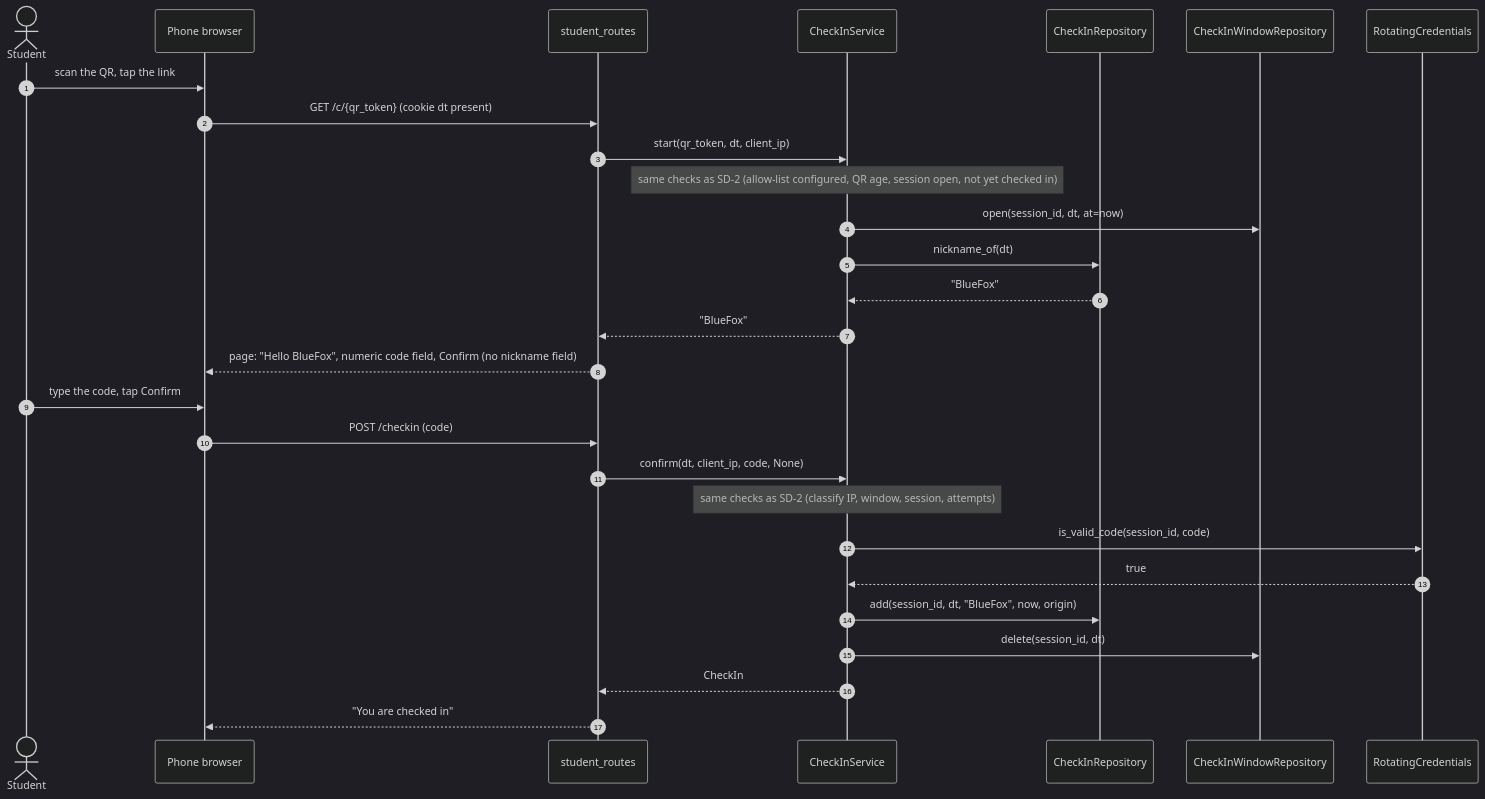
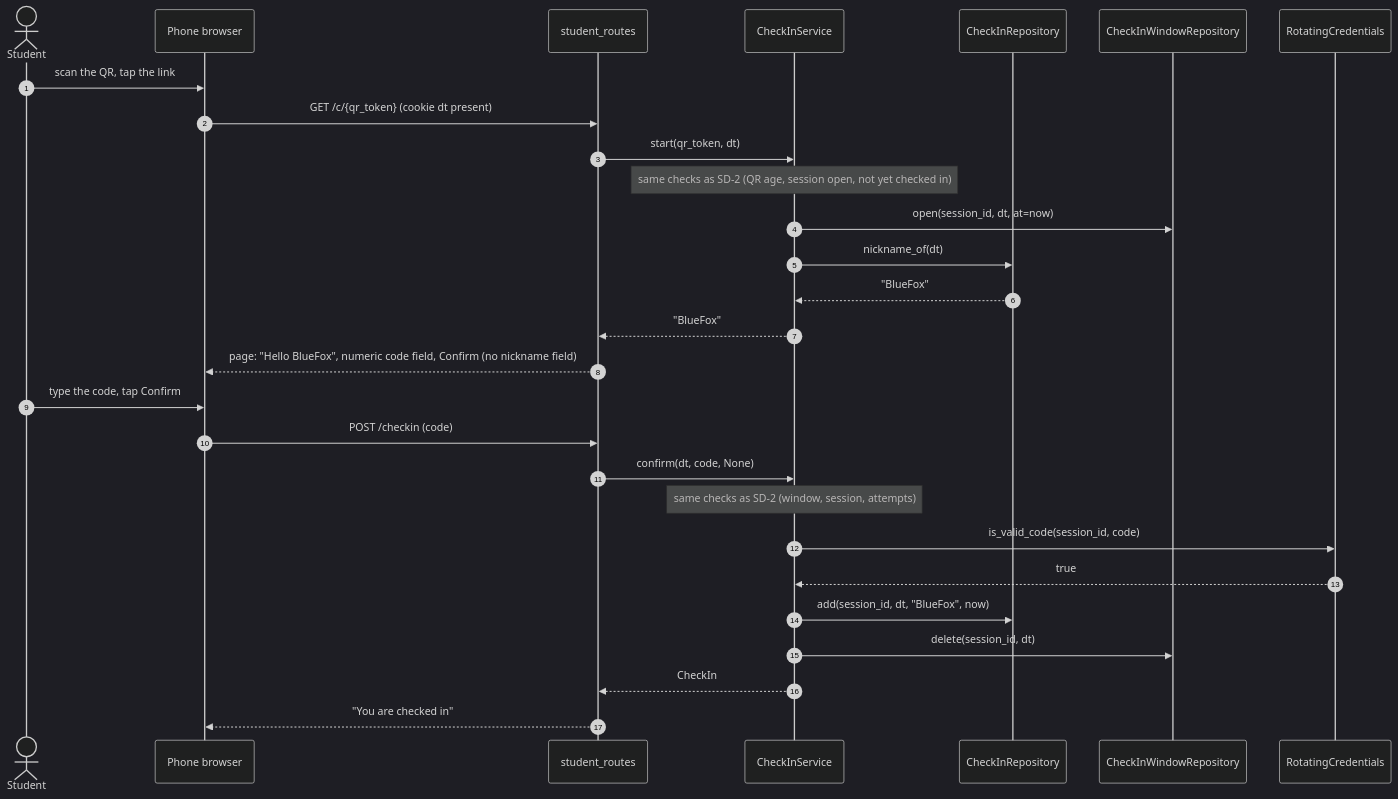
One commit to ronsarfati/EX2-Teaching-Tool changed diagram 11 of 18 in docs/design.md. Above: the diagram before and after it, drawn with Mermaid (dark theme). The commit also changed other lines of this file and 2 other files, not shown here.

Commit message:
docs: add D33 (remove the IP filter, 4-digit code) and update design and SRS

````diff
--- a/docs/design.md
+++ b/docs/design.md
@@ -1132,30 +990,30 @@
 ```mermaid
 sequenceDiagram
   autonumber
   actor S as Student
   participant P as Phone browser
   participant SR as student_routes
   participant CS as CheckInService
   participant CR as CheckInRepository
   participant WR as CheckInWindowRepository
   participant RC as RotatingCredentials
   S->>P: scan the QR, tap the link
   P->>SR: GET /c/{qr_token} (cookie dt present)
-  SR->>CS: start(qr_token, dt, client_ip)
-  Note over CS: same checks as SD-2 (allow-list configured, QR age, session open, not yet checked in)
+  SR->>CS: start(qr_token, dt)
+  Note over CS: same checks as SD-2 (QR age, session open, not yet checked in)
   CS->>WR: open(session_id, dt, at=now)
   CS->>CR: nickname_of(dt)
   CR-->>CS: "BlueFox"
   CS-->>SR: "BlueFox"
   SR-->>P: page: "Hello BlueFox", numeric code field, Confirm (no nickname field)
   S->>P: type the code, tap Confirm
   P->>SR: POST /checkin (code)
-  SR->>CS: confirm(dt, client_ip, code, None)
-  Note over CS: same checks as SD-2 (classify IP, window, session, attempts)
+  SR->>CS: confirm(dt, code, None)
+  Note over CS: same checks as SD-2 (window, session, attempts)
   CS->>RC: is_valid_code(session_id, code)
   RC-->>CS: true
-  CS->>CR: add(session_id, dt, "BlueFox", now, origin)
+  CS->>CR: add(session_id, dt, "BlueFox", now)
   CS->>WR: delete(session_id, dt)
   CS-->>SR: CheckIn
   SR-->>P: "You are checked in"
 ```
````
